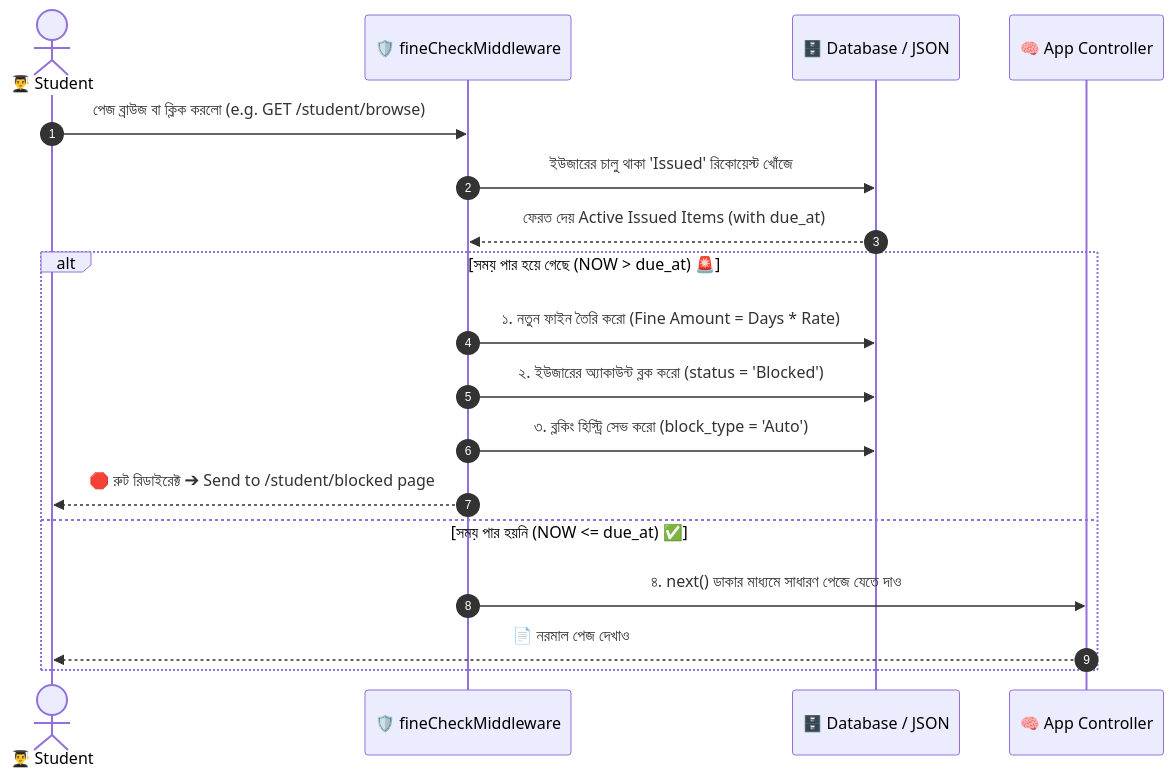
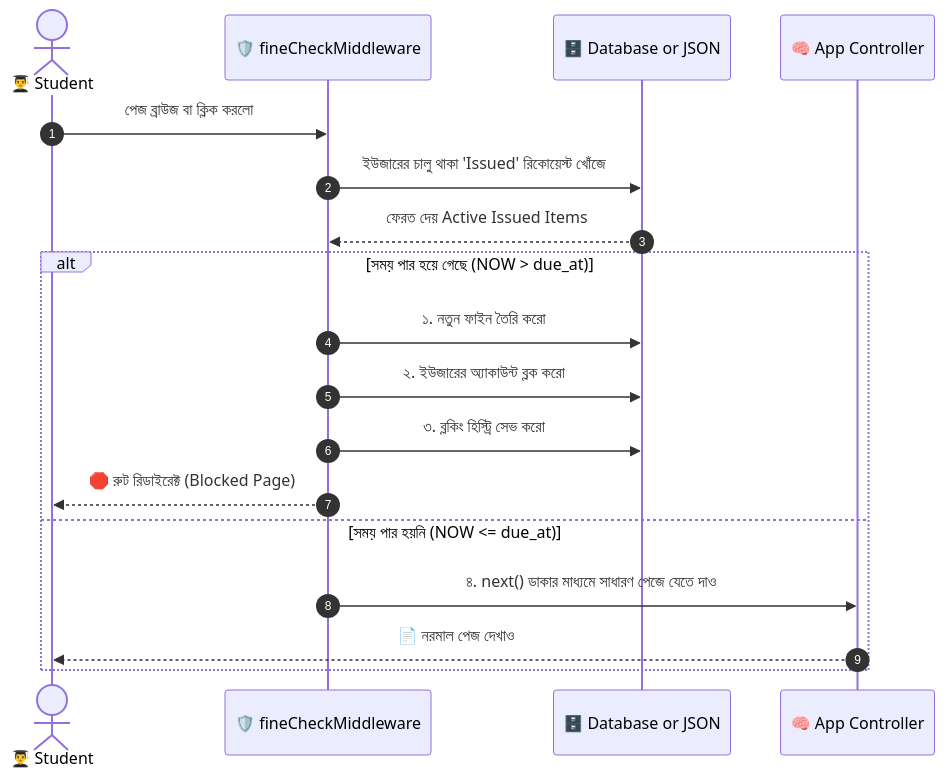
The fourth of 5 diagrams in PROJECT_GUIDE_BN.md (CodeWithPritom/EWUELS-Project), drawn with Mermaid before and after one commit. The commit also changed other lines of this file, not shown here.

Commit message:
Fix Mermaid diagram syntax

````diff
--- a/PROJECT_GUIDE_BN.md
+++ b/PROJECT_GUIDE_BN.md
@@ -127,22 +120,22 @@
 ```mermaid
 sequenceDiagram
     autonumber
     actor Student as 👨‍🎓 Student
     participant Middleware as 🛡️ fineCheckMiddleware
-    participant DB as 🗄️ Database / JSON
+    participant DB as 🗄️ Database or JSON
     participant App as 🧠 App Controller
 
-    Student->>Middleware: পেজ ব্রাউজ বা ক্লিক করলো (e.g. GET /student/browse)
+    Student->>Middleware: পেজ ব্রাউজ বা ক্লিক করলো
     Middleware->>DB: ইউজারের চালু থাকা 'Issued' রিকোয়েস্ট খোঁজে
-    DB-->>Middleware: ফেরত দেয় Active Issued Items (with due_at)
+    DB-->>Middleware: ফেরত দেয় Active Issued Items
     
-    alt সময় পার হয়ে গেছে (NOW > due_at) 🚨
-        Middleware->>DB: ১. নতুন ফাইন তৈরি করো (Fine Amount = Days * Rate)
-        Middleware->>DB: ২. ইউজারের অ্যাকাউন্ট ব্লক করো (status = 'Blocked')
-        Middleware->>DB: ৩. ব্লকিং হিস্ট্রি সেভ করো (block_type = 'Auto')
-        Middleware-->>Student: 🛑 রুট রিডাইরেক্ট ➔ Send to /student/blocked page
-    else সময় পার হয়নি (NOW <= due_at) ✅
+    alt সময় পার হয়ে গেছে (NOW > due_at)
+        Middleware->>DB: ১. নতুন ফাইন তৈরি করো
+        Middleware->>DB: ২. ইউজারের অ্যাকাউন্ট ব্লক করো
+        Middleware->>DB: ৩. ব্লকিং হিস্ট্রি সেভ করো
+        Middleware-->>Student: 🛑 রুট রিডাইরেক্ট (Blocked Page)
+    else সময় পার হয়নি (NOW <= due_at)
         Middleware->>App: ৪. next() ডাকার মাধ্যমে সাধারণ পেজে যেতে দাও
         App-->>Student: 📄 নরমাল পেজ দেখাও
     end
 ```
````
